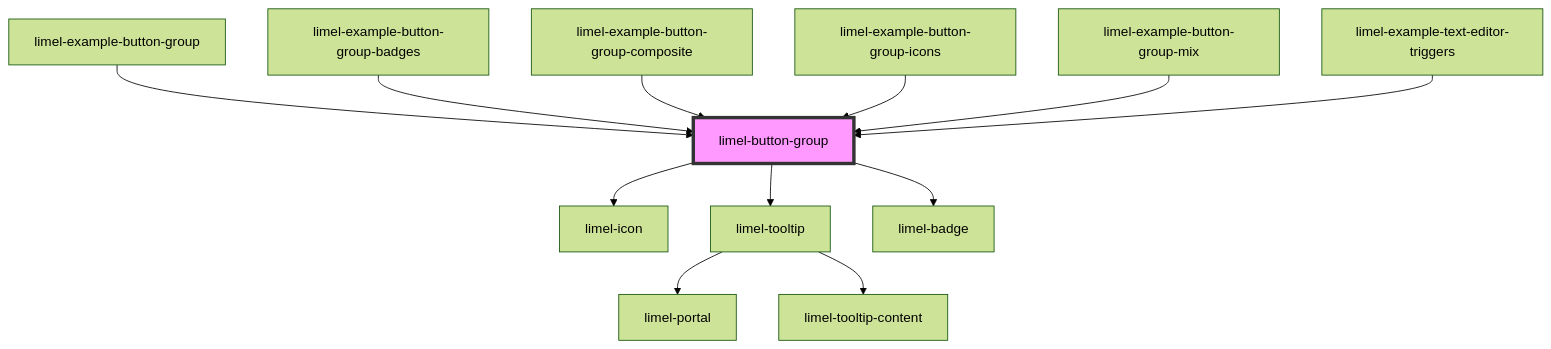
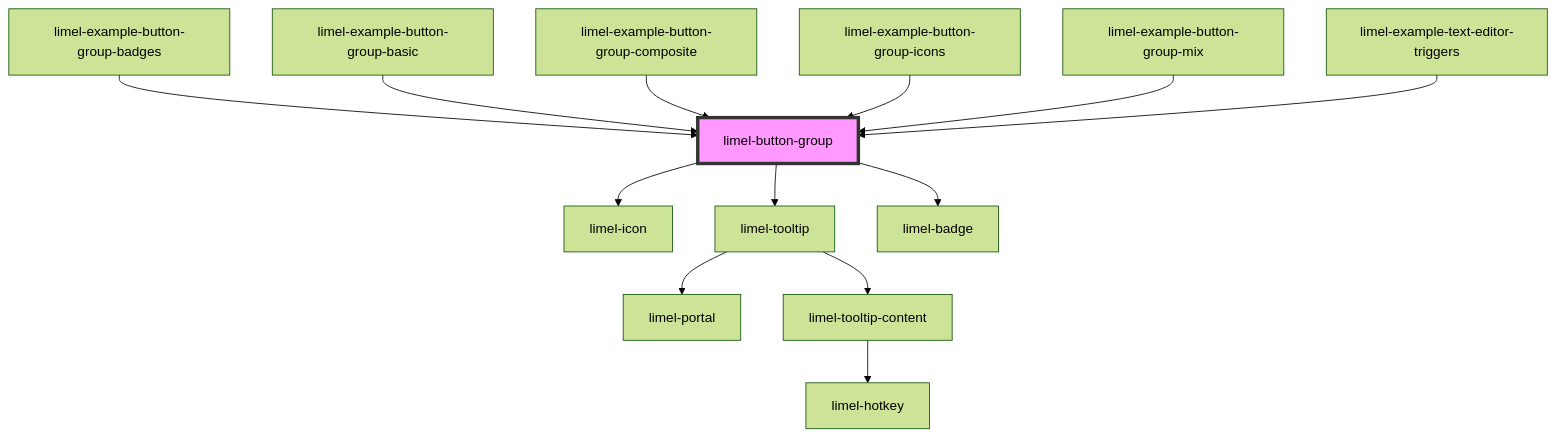
The diagram in versions/PR-3778/markdown-docs/components/button-group/readme.md (Lundalogik/lime-elements), drawn with Mermaid (forest theme) before and after one commit. The commit also changed other lines of this file and 773 other files, not shown here.

````diff
--- a/versions/PR-3778/markdown-docs/components/button-group/readme.md
+++ b/versions/PR-3778/markdown-docs/components/button-group/readme.md
@@ -69,15 +69,16 @@
 ```mermaid
 graph TD;
   limel-button-group --> limel-icon
   limel-button-group --> limel-tooltip
   limel-button-group --> limel-badge
   limel-tooltip --> limel-portal
   limel-tooltip --> limel-tooltip-content
-  limel-example-button-group --> limel-button-group
+  limel-tooltip-content --> limel-hotkey
   limel-example-button-group-badges --> limel-button-group
+  limel-example-button-group-basic --> limel-button-group
   limel-example-button-group-composite --> limel-button-group
   limel-example-button-group-icons --> limel-button-group
   limel-example-button-group-mix --> limel-button-group
   limel-example-text-editor-triggers --> limel-button-group
   style limel-button-group fill:#f9f,stroke:#333,stroke-width:4px
 ```
````
